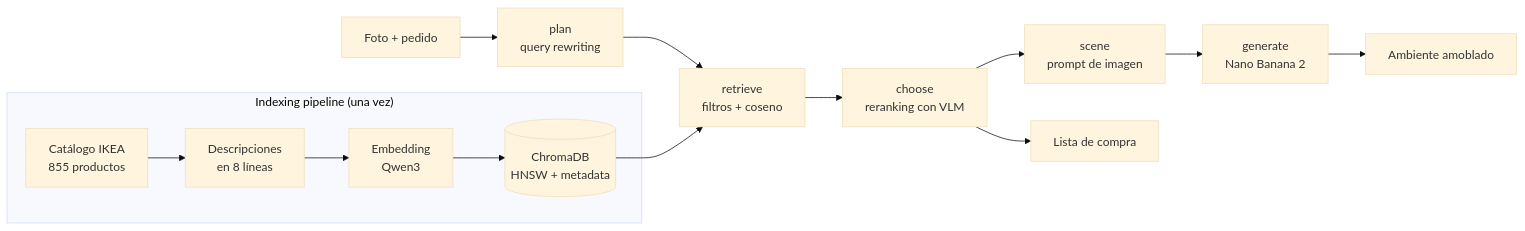
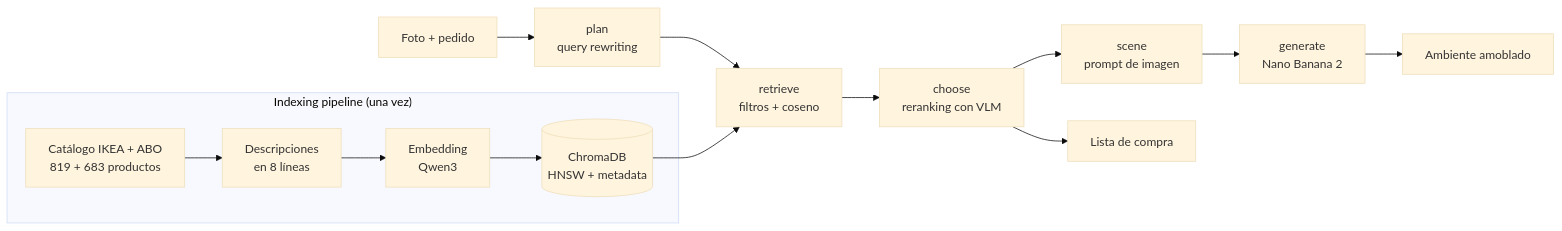
The diagram in README.md (matiasrossiseifert/amoblai), drawn with Mermaid (base theme) before and after one commit. The commit also changed other lines of this file and 1 other file, not shown here.

Commit message:
docs: README con el catálogo revisado, el reranking, k=5 y el catálogo combinado; gastos

````diff
--- a/README.md
+++ b/README.md
@@ -12,16 +14,16 @@
 ```mermaid
 flowchart LR
   subgraph IDX["Indexing pipeline (una vez)"]
-    A["Catálogo IKEA<br/>855 productos"] --> B["Descripciones<br/>en 8 líneas"]
+    A["Catálogo IKEA + ABO<br/>819 + 683 productos"] --> B["Descripciones<br/>en 8 líneas"]
     B --> E["Embedding<br/>Qwen3"]
     E --> V[("ChromaDB<br/>HNSW + metadata")]
   end
   U["Foto + pedido"] --> P["plan<br/>query rewriting"]
   P --> R["retrieve<br/>filtros + coseno"]
   V --> R
   R --> C["choose<br/>reranking con VLM"]
   C --> S["scene<br/>prompt de imagen"]
   S --> G["generate<br/>Nano Banana 2"]
   C --> L["Lista de compra"]
   G --> F["Ambiente amoblado"]
 ```
````
